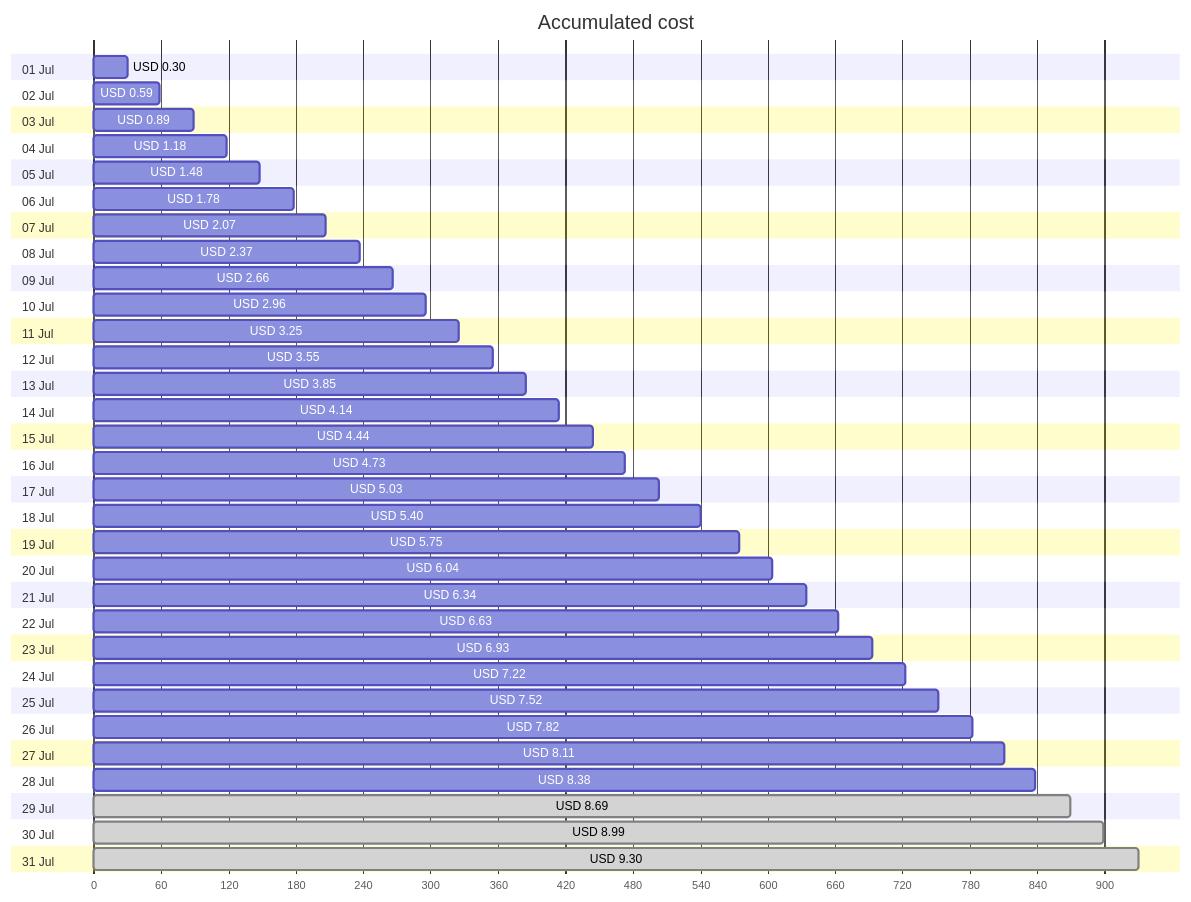
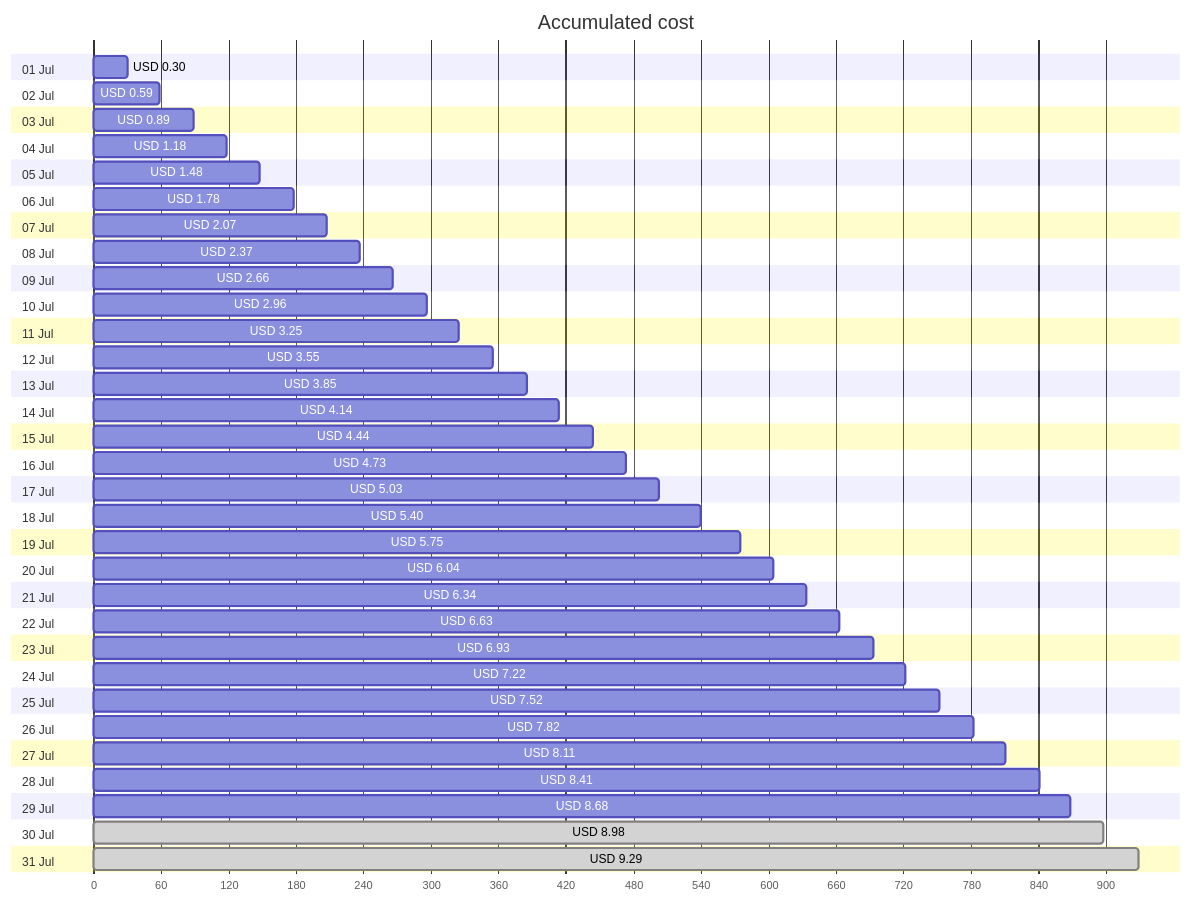
The first of 4 diagrams in cost-reports/personal-site/personal-site-preview.md (jpfulton/azure-personal-reports), drawn with Mermaid before and after one commit. The commit also changed other lines of this file and 6 other files, not shown here.

````diff
--- a/cost-reports/personal-site/personal-site-preview.md
+++ b/cost-reports/personal-site/personal-site-preview.md
@@ -20,68 +20,68 @@
 ```mermaid
 gantt
    title Accumulated cost
    dateFormat  X
    axisFormat %s
    section 01 Jul
    USD 0.30 :0, 30
    section 02 Jul
    USD 0.59 :0, 59
    section 03 Jul
    USD 0.89 :0, 89
    section 04 Jul
    USD 1.18 :0, 118
    section 05 Jul
    USD 1.48 :0, 148
    section 06 Jul
    USD 1.78 :0, 178
    section 07 Jul
    USD 2.07 :0, 207
    section 08 Jul
    USD 2.37 :0, 237
    section 09 Jul
    USD 2.66 :0, 266
    section 10 Jul
    USD 2.96 :0, 296
    section 11 Jul
    USD 3.25 :0, 325
    section 12 Jul
    USD 3.55 :0, 355
    section 13 Jul
    USD 3.85 :0, 385
    section 14 Jul
    USD 4.14 :0, 414
    section 15 Jul
    USD 4.44 :0, 444
    section 16 Jul
    USD 4.73 :0, 473
    section 17 Jul
    USD 5.03 :0, 503
    section 18 Jul
    USD 5.40 :0, 540
    section 19 Jul
    USD 5.75 :0, 575
    section 20 Jul
    USD 6.04 :0, 604
    section 21 Jul
    USD 6.34 :0, 634
    section 22 Jul
    USD 6.63 :0, 663
    section 23 Jul
    USD 6.93 :0, 693
    section 24 Jul
    USD 7.22 :0, 722
    section 25 Jul
    USD 7.52 :0, 752
    section 26 Jul
    USD 7.82 :0, 782
    section 27 Jul
    USD 8.11 :0, 811
    section 28 Jul
-   USD 8.38 :0, 838
+   USD 8.41 :0, 841
    section 29 Jul
-   USD 8.69 : done, 0, 869
+   USD 8.68 :0, 868
    section 30 Jul
-   USD 8.99 : done, 0, 899
+   USD 8.98 : done, 0, 898
    section 31 Jul
-   USD 9.30 : done, 0, 930
+   USD 9.29 : done, 0, 929
 ```
````
